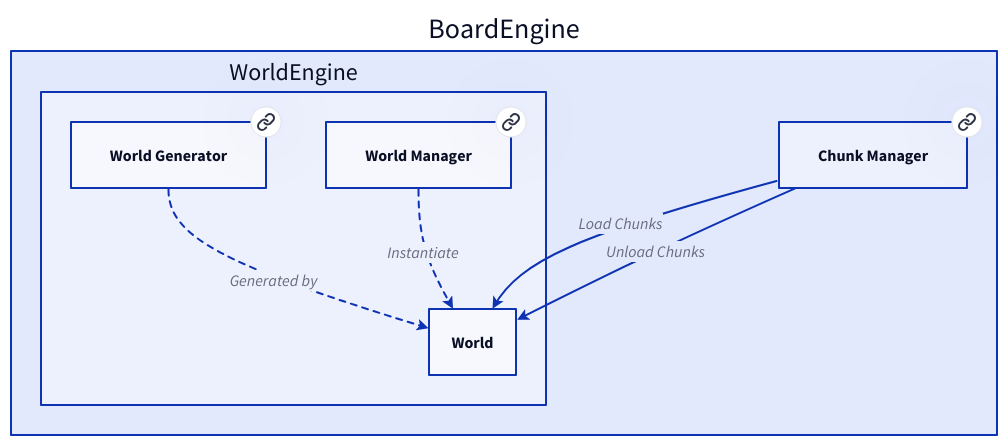
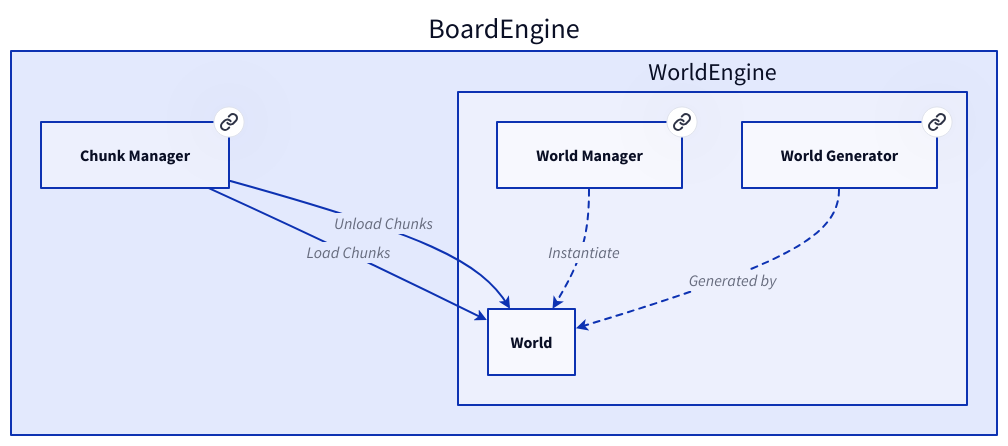
The diagram in doc/BoardEngine/WorldEngine/World.md (Portevent/Brume-Documentation), drawn with D2 before and after one commit. The commit also changed other lines of this file and 79 other files, not shown here.

````diff
--- a/doc/BoardEngine/WorldEngine/World.md
+++ b/doc/BoardEngine/WorldEngine/World.md
@@ -11,35 +11,35 @@
 ```d2
 # Nodes :
 BoardEngine: {
+    ChunkManager: Chunk Manager {
+       link: ChunkManager
+    }
     WorldEngine: {
         WorldManager: World Manager {
            link: WorldManager
         }
         WorldGenerator: World Generator {
            link: WorldGenerator
         }
     }
-    ChunkManager: Chunk Manager {
-       link: ChunkManager
-    }
 }
 
 # Links :
-BoardEngine.WorldEngine.WorldGenerator -> BoardEngine.WorldEngine.World: Generated by {style.stroke-dash: 3
-source-arrowhead: {}
-target-arrowhead: {shape: arrow}
-}
-BoardEngine.WorldEngine.WorldManager -> BoardEngine.WorldEngine.World: Instantiate {style.stroke-dash: 3
-source-arrowhead: {}
-target-arrowhead: {shape: arrow}
-}
 BoardEngine.ChunkManager -> BoardEngine.WorldEngine.World: Load Chunks {
 source-arrowhead: {}
 target-arrowhead: {shape: arrow}
 }
 BoardEngine.ChunkManager -> BoardEngine.WorldEngine.World: Unload Chunks {
 source-arrowhead: {}
 target-arrowhead: {shape: arrow}
 }
+BoardEngine.WorldEngine.WorldManager -> BoardEngine.WorldEngine.World: Instantiate {style.stroke-dash: 3
+source-arrowhead: {}
+target-arrowhead: {shape: arrow}
+}
+BoardEngine.WorldEngine.WorldGenerator -> BoardEngine.WorldEngine.World: Generated by {style.stroke-dash: 3
+source-arrowhead: {}
+target-arrowhead: {shape: arrow}
+}
 
 ```
````
